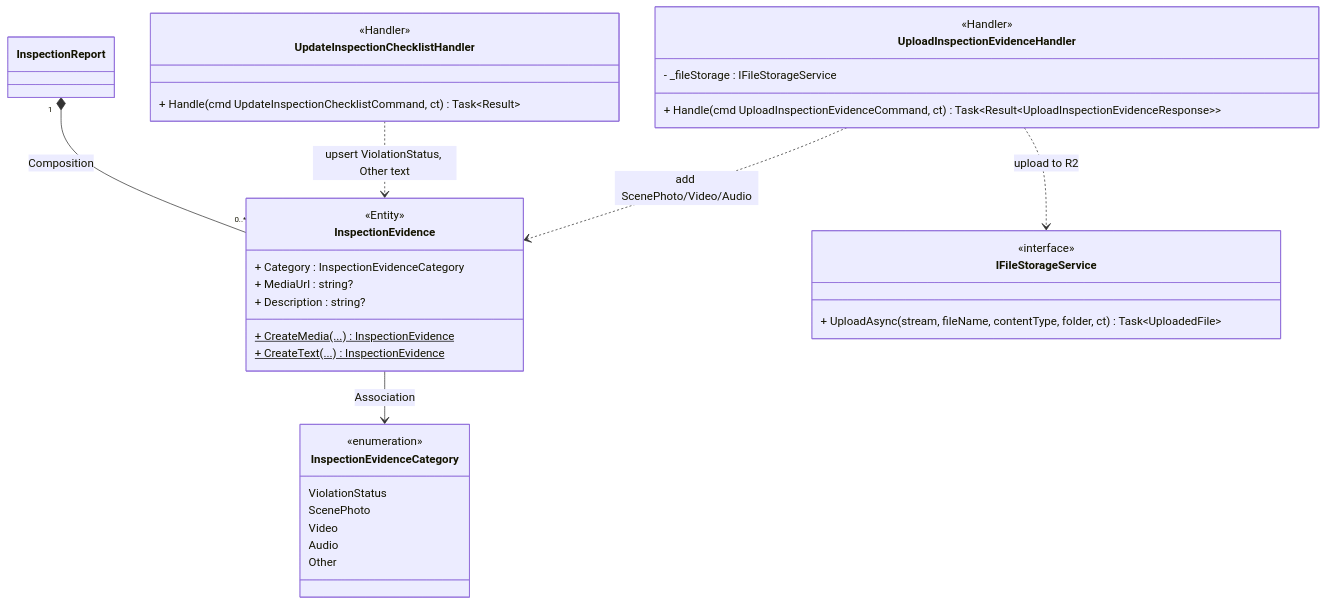
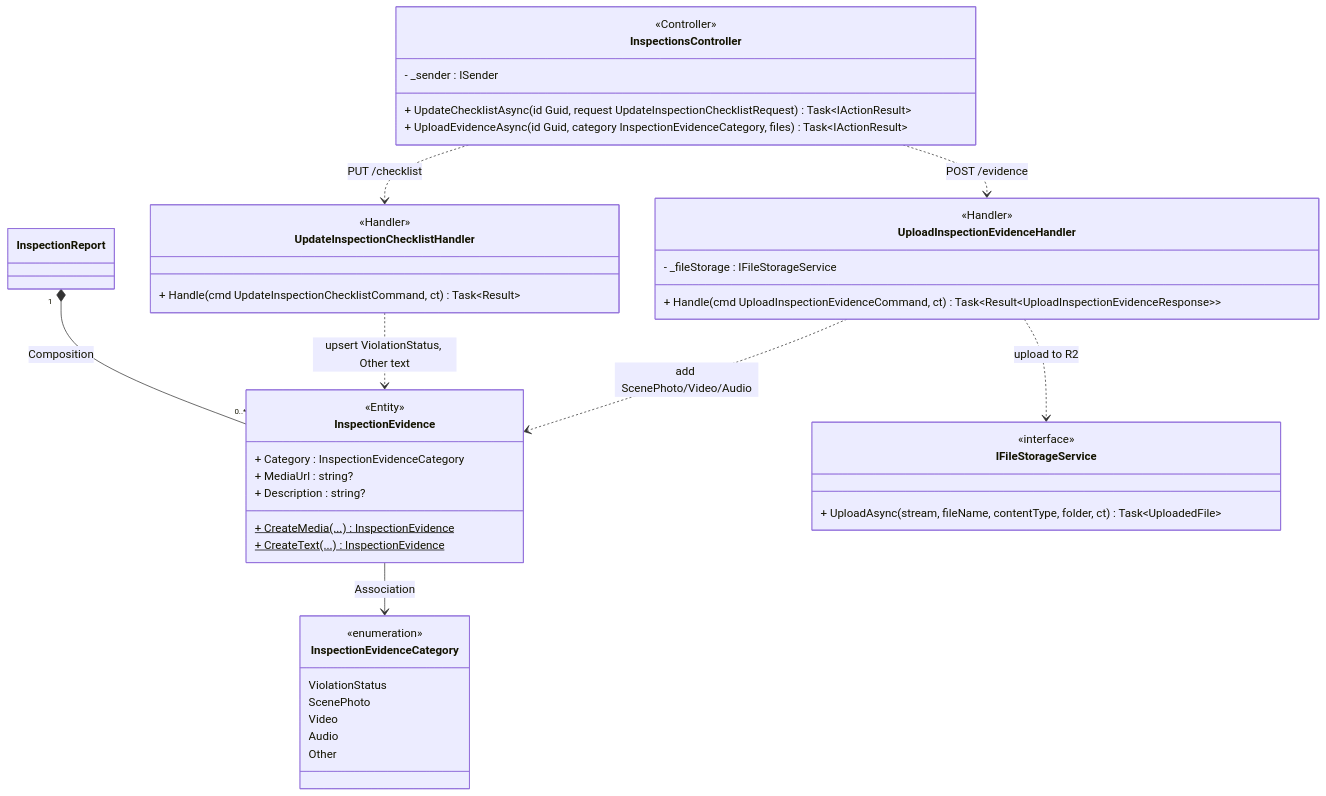
Diagram 23 of 43 in docs/BusinessRule/CLASS_DIAGRAMS.md (Capstonne-Project/greenlens-service), drawn with Mermaid before and after one commit. The commit also changed other lines of this file, not shown here.

Commit message:
chore(docs): class diagram relation

````diff
--- a/docs/BusinessRule/CLASS_DIAGRAMS.md
+++ b/docs/BusinessRule/CLASS_DIAGRAMS.md
@@ -2585,42 +2592,51 @@
 ```mermaid
 classDiagram
     class InspectionEvidence {
         <<Entity>>
         + Category : InspectionEvidenceCategory
         + MediaUrl : string?
         + Description : string?
         + CreateMedia(...)$ InspectionEvidence
         + CreateText(...)$ InspectionEvidence
     }
 
     class InspectionEvidenceCategory {
         <<enumeration>>
         ViolationStatus
         ScenePhoto
         Video
         Audio
         Other
     }
 
     class IFileStorageService {
         <<interface>>
         + UploadAsync(stream, fileName, contentType, folder, ct) Task~UploadedFile~
     }
 
     class UpdateInspectionChecklistHandler {
         <<Handler>>
         + Handle(cmd UpdateInspectionChecklistCommand, ct) Task~Result~
     }
 
     class UploadInspectionEvidenceHandler {
         <<Handler>>
         - _fileStorage : IFileStorageService
         + Handle(cmd UploadInspectionEvidenceCommand, ct) Task~Result~UploadInspectionEvidenceResponse~~
     }
 
+    class InspectionsController {
+        <<Controller>>
+        - _sender : ISender
+        + UpdateChecklistAsync(id Guid, request UpdateInspectionChecklistRequest) Task~IActionResult~
+        + UploadEvidenceAsync(id Guid, category InspectionEvidenceCategory, files) Task~IActionResult~
+    }
+
     InspectionReport "1" *-- "0..*" InspectionEvidence : Composition
     InspectionEvidence --> InspectionEvidenceCategory : Association
     UpdateInspectionChecklistHandler ..> InspectionEvidence : upsert ViolationStatus, Other text
     UploadInspectionEvidenceHandler ..> IFileStorageService : upload to R2
     UploadInspectionEvidenceHandler ..> InspectionEvidence : add ScenePhoto/Video/Audio
+    InspectionsController ..> UpdateInspectionChecklistHandler : PUT /checklist
+    InspectionsController ..> UploadInspectionEvidenceHandler : POST /evidence
 ```
````
